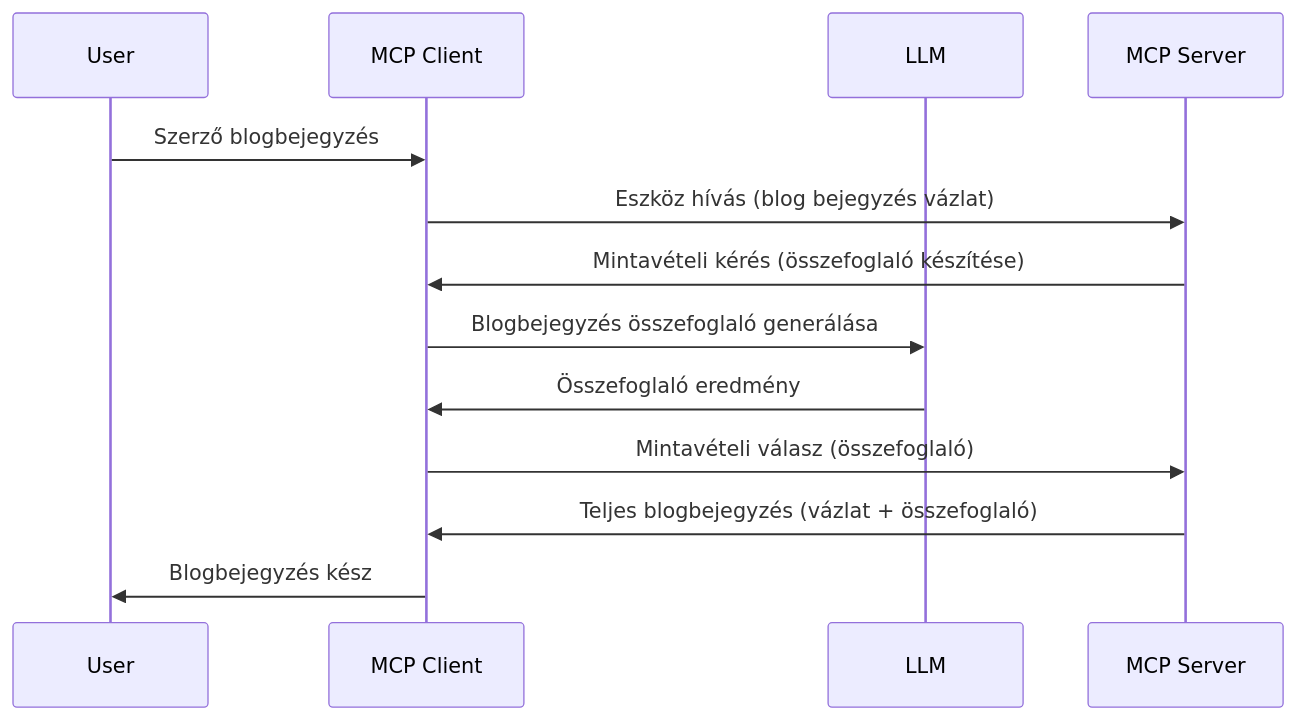
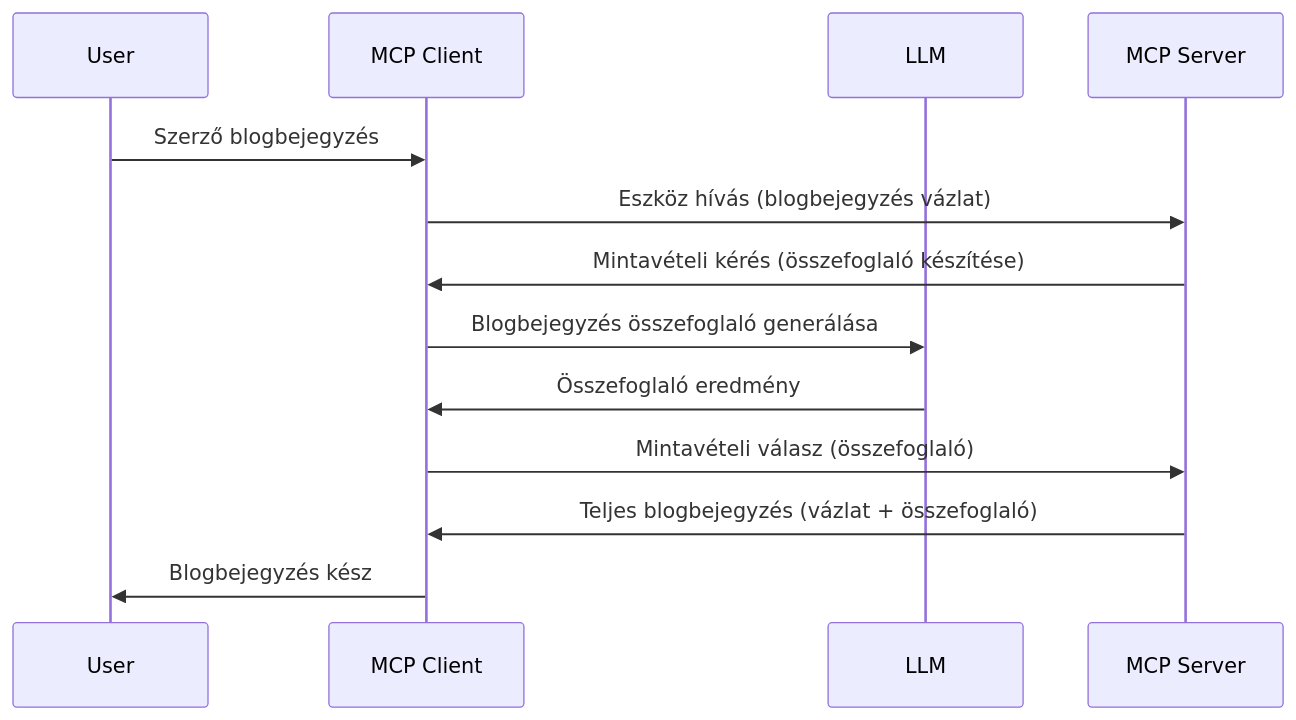
One commit to HIDORAKAI002/ai-workspace-archive changed the diagram in mcp_ecosystem__model_context_protocol/mcp_learning_resources/mcp-for-beginners/translations/hu/03-GettingStarted/14-sampling/README.md. Above: the diagram before and after it, drawn with Mermaid. The commit also changed other lines of this file and 5748 other files, not shown here.

Commit message:
chore(sync): update MCP Python SDK, MCP TypeScript SDK, Supabase MCP, Kubernetes MCP Server, Git MCP, MCP Agent, Awesome ChatGPT Prompts, Langfuse, +62 more

````diff
--- a/mcp_ecosystem__model_context_protocol/mcp_learning_resources/mcp-for-beginners/translations/hu/03-GettingStarted/14-sampling/README.md
+++ b/mcp_ecosystem__model_context_protocol/mcp_learning_resources/mcp-for-beginners/translations/hu/03-GettingStarted/14-sampling/README.md
@@ -25,16 +27,16 @@
 ```mermaid
 sequenceDiagram
     participant User
     participant MCP Client
     participant LLM
     participant MCP Server
 
     User->>MCP Client: Szerző blogbejegyzés
-    MCP Client->>MCP Server: Eszköz hívás (blog bejegyzés vázlat)
+    MCP Client->>MCP Server: Eszköz hívás (blogbejegyzés vázlat)
     MCP Server->>MCP Client: Mintavételi kérés (összefoglaló készítése)
     MCP Client->>LLM: Blogbejegyzés összefoglaló generálása
     LLM->>MCP Client: Összefoglaló eredmény
     MCP Client->>MCP Server: Mintavételi válasz (összefoglaló)
     MCP Server->>MCP Client: Teljes blogbejegyzés (vázlat + összefoglaló)
     MCP Client->>User: Blogbejegyzés kész
 ```
````
